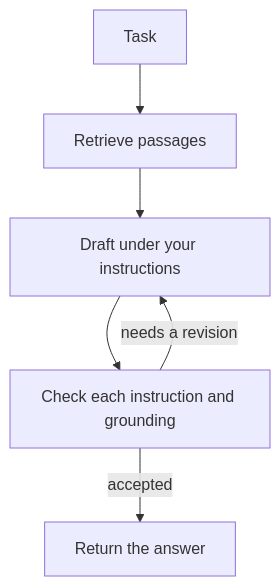
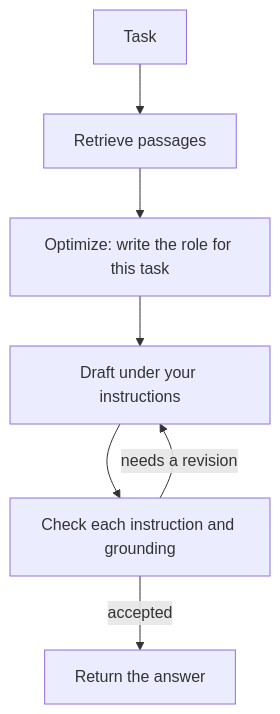
The diagram in README.md (mijo2/LoopKit), drawn with Mermaid before and after one commit. The commit also changed other lines of this file and 23 other files, not shown here.

````diff
--- a/README.md
+++ b/README.md
@@ -41,8 +41,9 @@
 ```mermaid
 flowchart TD
   task[Task] --> retrieve[Retrieve passages]
-  retrieve --> draft[Draft under your instructions]
+  retrieve --> optimize[Optimize: write the role for this task]
+  optimize --> draft[Draft under your instructions]
   draft --> check[Check each instruction and grounding]
   check -->|accepted| done[Return the answer]
   check -->|needs a revision| draft
 ```
````
